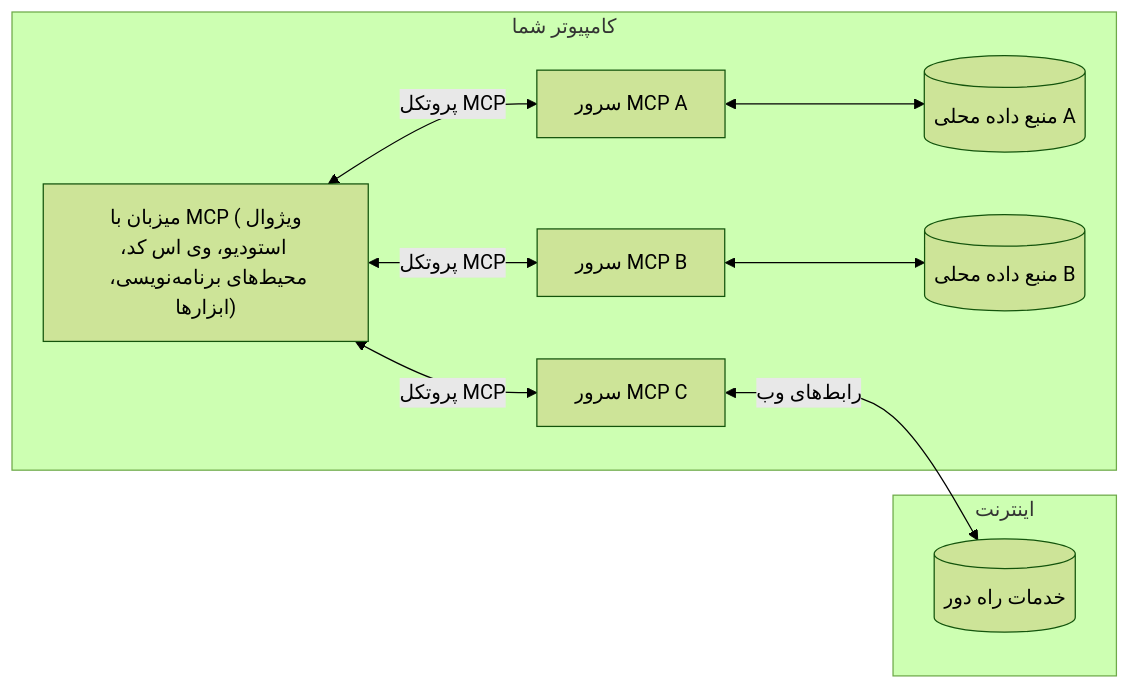
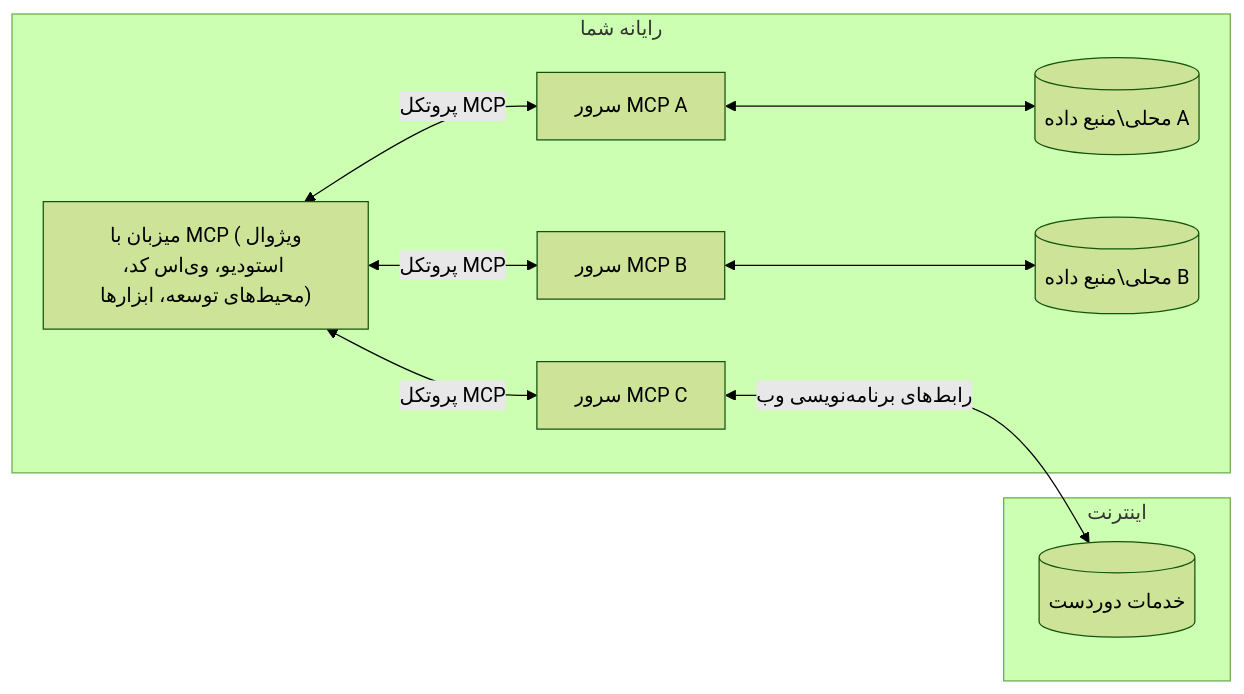
The diagram in translations/fa/01-CoreConcepts/README.md (Mu-L/mcp-for-beginners), drawn with Mermaid (forest theme) before and after one commit. The commit also changed other lines of this file and 5 other files, not shown here.

````diff
--- a/translations/fa/01-CoreConcepts/README.md
+++ b/translations/fa/01-CoreConcepts/README.md
@@ -45,17 +45,17 @@
 ```mermaid
 flowchart LR
-    subgraph "کامپیوتر شما"
-        Host["میزبان با MCP (ویژوال استودیو، وی اس کد، محیط‌های برنامه‌نویسی، ابزارها)"]
+    subgraph "رایانه شما"
+        Host["میزبان با MCP (ویژوال استودیو، وی‌اس کد، محیط‌های توسعه، ابزارها)"]
         S1["سرور MCP A"]
         S2["سرور MCP B"]
         S3["سرور MCP C"]
         Host <-->|"پروتکل MCP"| S1
         Host <-->|"پروتکل MCP"| S2
         Host <-->|"پروتکل MCP"| S3
-        S1 <--> D1[("منبع داده محلی A")]
-        S2 <--> D2[("منبع داده محلی B")]
+        S1 <--> D1[("محلی\منبع داده A")]
+        S2 <--> D2[("محلی\منبع داده B")]
     end
     subgraph "اینترنت"
-        S3 <-->|"رابط‌های وب"| D3[("خدمات راه دور")]
+        S3 <-->|"رابط‌های برنامه‌نویسی وب"| D3[("خدمات دوردست")]
     end
 ```
````
